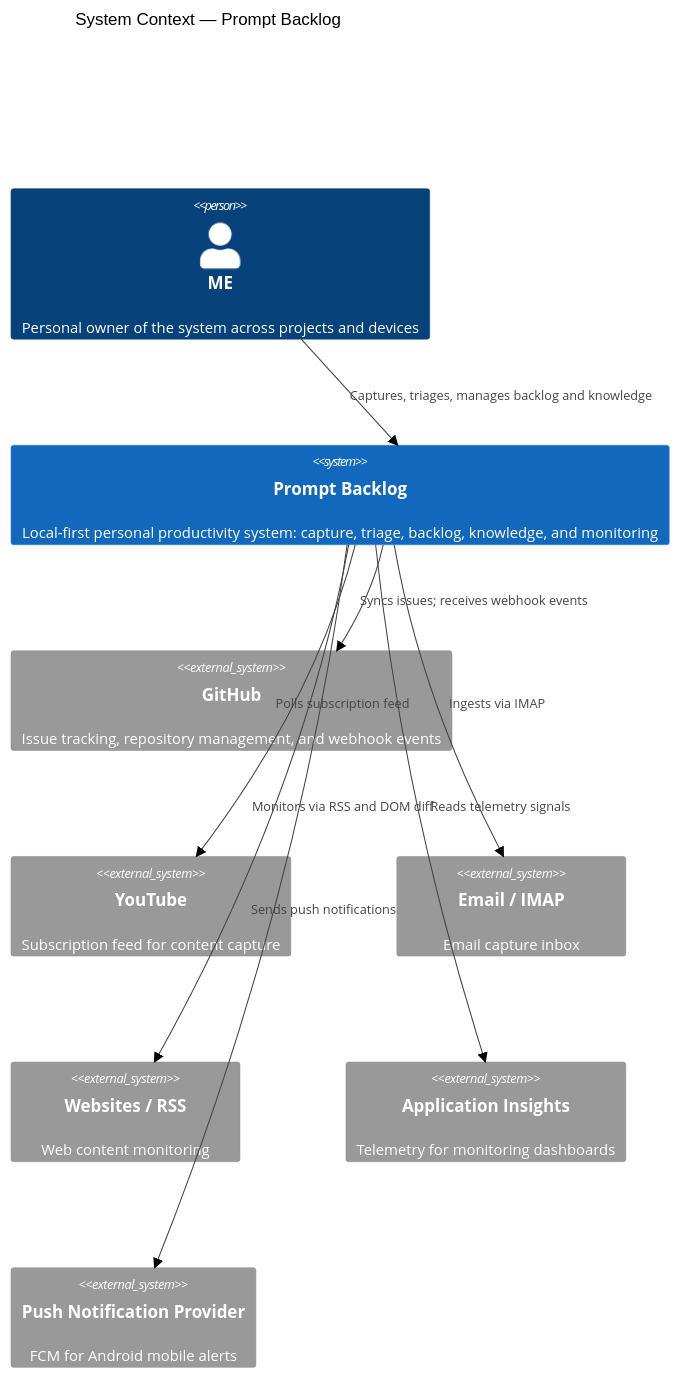
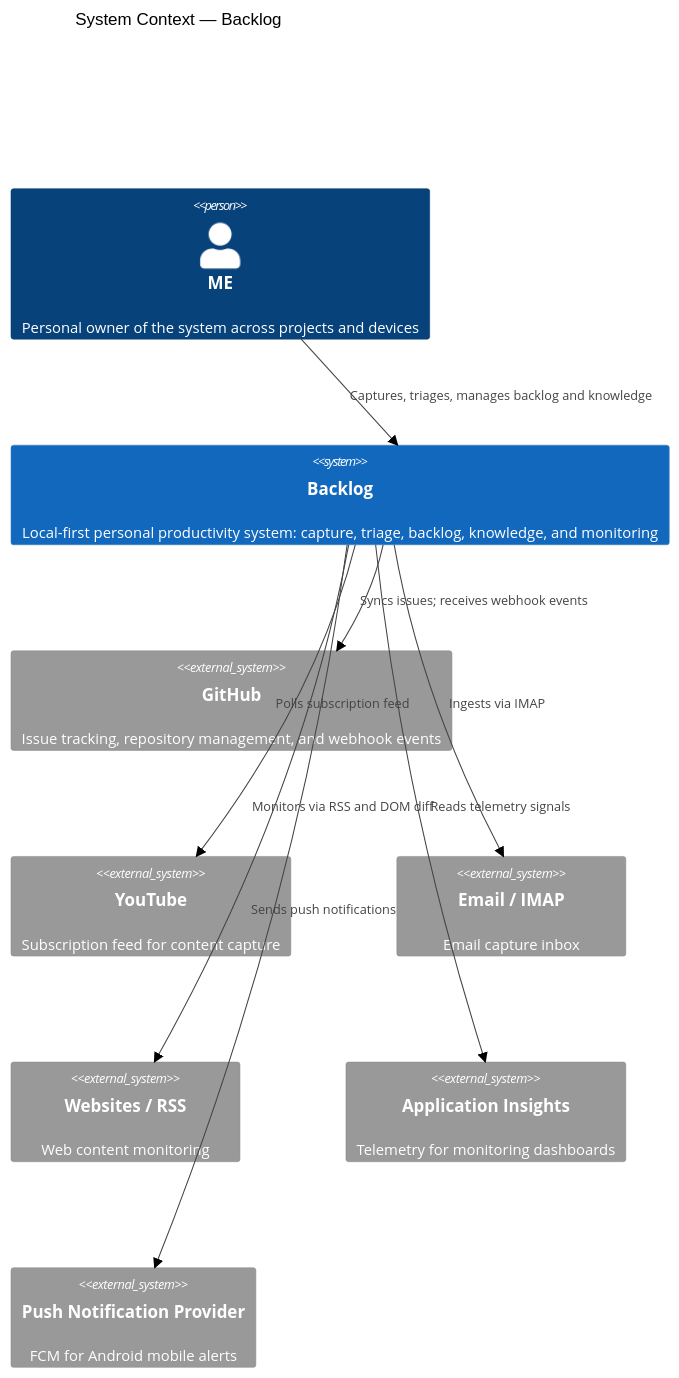
Before and after one commit to JSdotNet/Backlog: the diagram in .devbook/arc42/03-context-and-scope.md, drawn with Mermaid (forest theme). The commit also changed other lines of this file and 131 other files, not shown here.

````diff
--- a/.devbook/arc42/03-context-and-scope.md
+++ b/.devbook/arc42/03-context-and-scope.md
@@ -12,23 +12,23 @@
 ```mermaid
 C4Context
-    title System Context — Prompt Backlog
+    title System Context — Backlog
 
     Person(user, "ME", "Personal owner of the system across projects and devices")
 
-    System(promptBacklog, "Prompt Backlog", "Local-first personal productivity system: capture, triage, backlog, knowledge, and monitoring")
+    System(promptBacklog, "Backlog", "Local-first personal productivity system: capture, triage, backlog, knowledge, and monitoring")
 
     System_Ext(github, "GitHub", "Issue tracking, repository management, and webhook events")
     System_Ext(youtube, "YouTube", "Subscription feed for content capture")
     System_Ext(email, "Email / IMAP", "Email capture inbox")
     System_Ext(websites, "Websites / RSS", "Web content monitoring")
     System_Ext(appInsights, "Application Insights", "Telemetry for monitoring dashboards")
     System_Ext(pushProvider, "Push Notification Provider", "FCM for Android mobile alerts")
 
     Rel(user, promptBacklog, "Captures, triages, manages backlog and knowledge")
     Rel(promptBacklog, github, "Syncs issues; receives webhook events")
     Rel(promptBacklog, youtube, "Polls subscription feed")
     Rel(promptBacklog, email, "Ingests via IMAP")
     Rel(promptBacklog, websites, "Monitors via RSS and DOM diff")
     Rel(promptBacklog, appInsights, "Reads telemetry signals")
     Rel(promptBacklog, pushProvider, "Sends push notifications")
 ```
````
